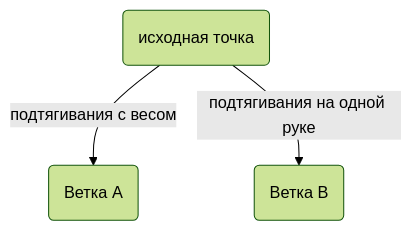
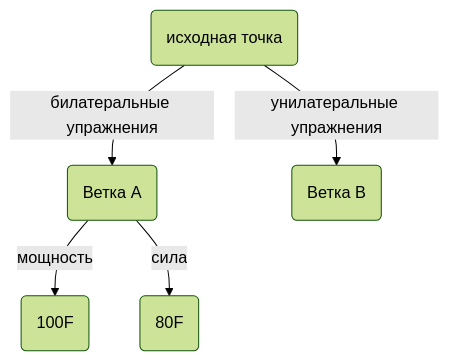
Before and after one commit to DivDisable/bakufu-front: the first of 2 diagrams in docs/programms/12lvl/gpp.md, drawn with Mermaid (forest theme). The commit also changed other lines of this file and 1 other file, not shown here.

````diff
--- a/docs/programms/12lvl/gpp.md
+++ b/docs/programms/12lvl/gpp.md
@@ -56,5 +68,7 @@
 ```mermaid
 graph TD;
-		A(исходная точка) --> |подтягивания с весом|B(Ветка А)
-		A --> |подтягивания на одной руке|C(Ветка B)
+		A(исходная точка) --> |билатеральные упражнения|B(Ветка А)
+		A --> |унилатеральные упражнения|C(Ветка B)
+		B --> |мощность|D(100F)
+		B --> |сила|E(80F)
 ```
````
